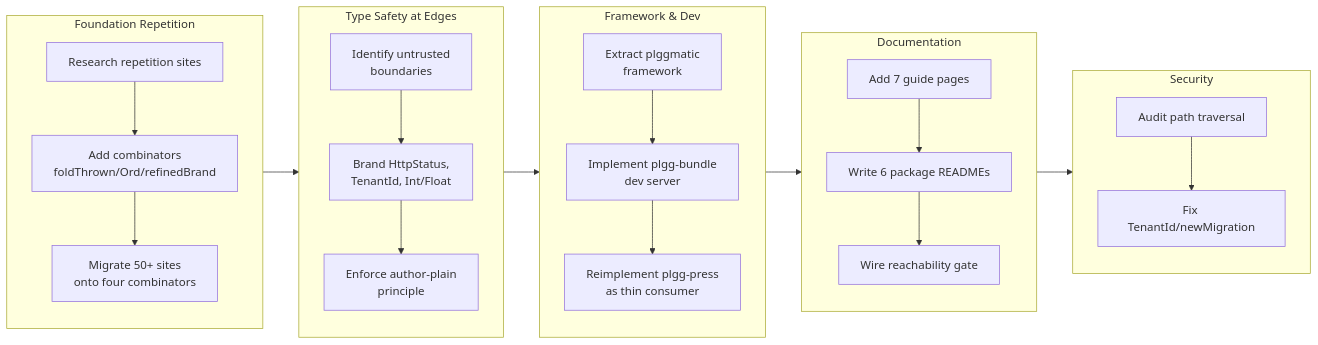
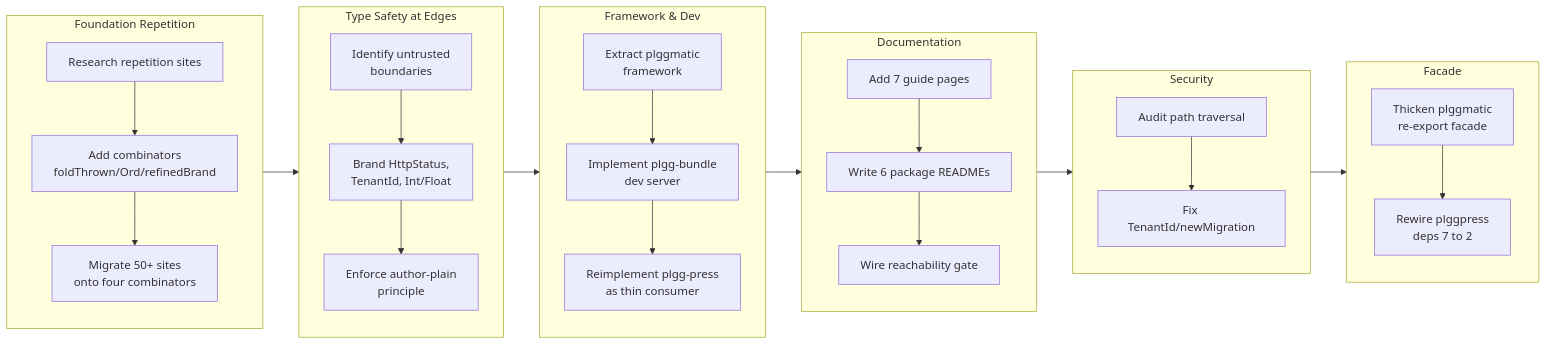
The diagram in .workaholic/stories/work-20260701-185044.md (qmu/plgg), drawn with Mermaid before and after one commit. The commit also changed other lines of this file and 1 other file, not shown here.

Commit message:
Update branch story for the plggmatic facade tickets

````diff
--- a/.workaholic/stories/work-20260701-185044.md
+++ b/.workaholic/stories/work-20260701-185044.md
@@ -24,36 +24,42 @@
 ```mermaid
 flowchart LR
   subgraph Phase1[Foundation Repetition]
     direction TB
     a1[Research repetition sites] --> a2[Add combinators<br/>foldThrown/Ord/refinedBrand]
     a2 --> a3[Migrate 50+ sites<br/>onto four combinators]
   end
 
   subgraph Phase2[Type Safety at Edges]
     direction TB
     b1[Identify untrusted<br/>boundaries] --> b2[Brand HttpStatus,<br/>TenantId, Int/Float]
     b2 --> b3[Enforce author-plain<br/>principle]
   end
 
   subgraph Phase3[Framework & Dev]
     direction TB
     c1[Extract plggmatic<br/>framework] --> c2[Implement plgg-bundle<br/>dev server]
     c2 --> c3[Reimplement plgg-press<br/>as thin consumer]
   end
 
   subgraph Phase4[Documentation]
     direction TB
     d1[Add 7 guide pages] --> d2[Write 6 package READMEs]
     d2 --> d3[Wire reachability gate]
   end
 
   subgraph Phase5[Security]
     direction TB
     e1[Audit path traversal] --> e2[Fix TenantId/newMigration]
   end
 
+  subgraph Phase6[Facade]
+    direction TB
+    g1[Thicken plggmatic<br/>re-export facade] --> g2[Rewire plggpress<br/>deps 7 to 2]
+  end
+
   Phase1 --> Phase2
   Phase2 --> Phase3
   Phase3 --> Phase4
   Phase4 --> Phase5
+  Phase5 --> Phase6
 ```
````
